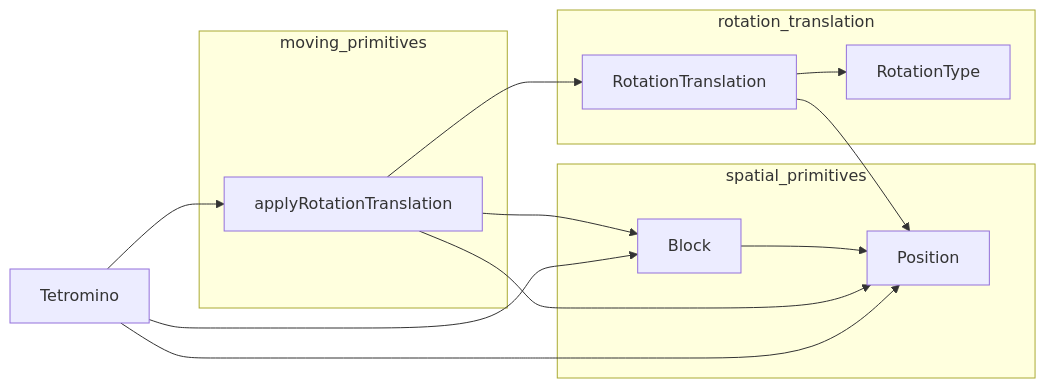
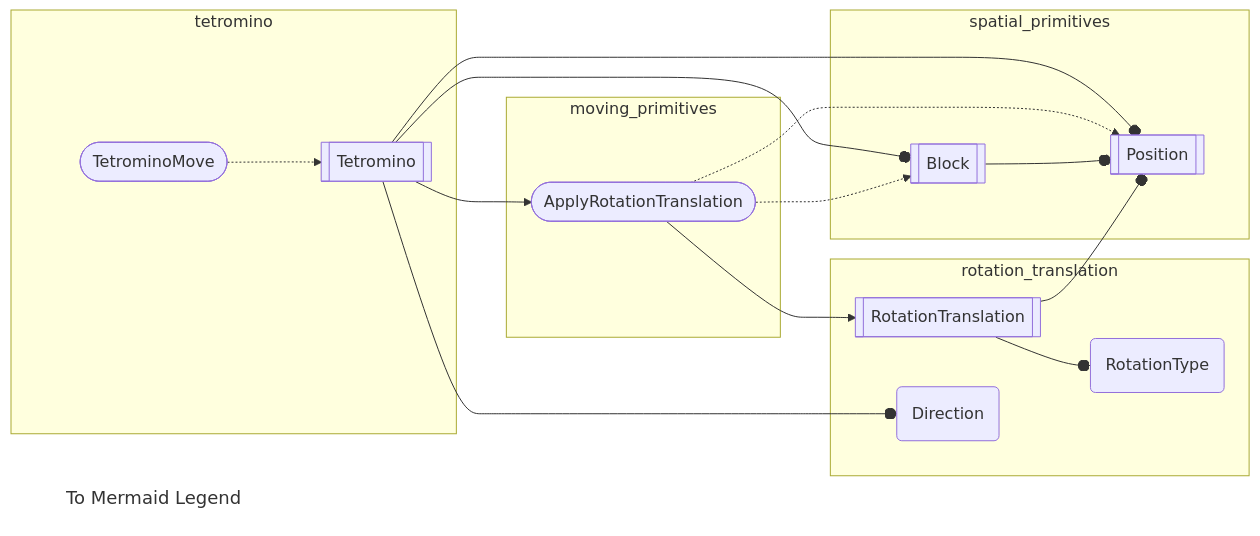
The diagram in src/app/player/back_end/flowgraph.mmd (inesvar/tetris), drawn with Mermaid before and after one commit. The commit also changed 2 other files, not shown here.

Commit message:
Update Mermaid schematic

```diff
--- a/src/app/player/back_end/flowgraph.mmd
+++ b/src/app/player/back_end/flowgraph.mmd
@@ -1,29 +1,47 @@
 graph LR
     %% objects
-    Position[Position]
-    Block[Block]
-    RotationTranslation[RotationTranslation]
-    RotationType[RotationType]
+    Position[[Position]]
+    Block[[Block]]
+    RotationTranslation[[RotationTranslation]]
+    RotationType(RotationType)
+    Direction(Direction)
+    ApplyRotationTranslation([ApplyRotationTranslation])
+    Tetromino[[Tetromino]]
+    TetrominoMove([TetrominoMove])
 
     %% modules
     spatial_primitives[spatial_primitives]
     rotation_translation[rotation_translation]
     moving_primitives[moving_primitives]
+    tetromino[tetromino]
     
     subgraph spatial_primitives
-        Block --> Position
+        Block --o Position
     end
 
     subgraph rotation_translation
-        RotationTranslation --> RotationType
+        RotationTranslation --o RotationType
+        Direction
     end
 
-    RotationTranslation --> Position
+    RotationTranslation --o Position
 
     subgraph moving_primitives
-        applyRotationTranslation
+        ApplyRotationTranslation
     end
 
-    applyRotationTranslation --> Position & Block & RotationTranslation
+    ApplyRotationTranslation -.-> Position & Block
+    ApplyRotationTranslation --> RotationTranslation
 
-    Tetromino --> Position & Block & applyRotationTranslation
+    subgraph tetromino
+        TetrominoMove -.-> Tetromino
+    end
+
+    Tetromino --o Position & Block & Direction
+    Tetromino --> ApplyRotationTranslation
+
+    legend[To Mermaid Legend]
+
+    classDef noBorderFill stroke-width:0,fill:none,font-size:18px
+    class legend noBorderFill
+    click legend href "https://github.com/inesvar/tetris/blob/reorganize/README.md#mermaid-legend"
```
